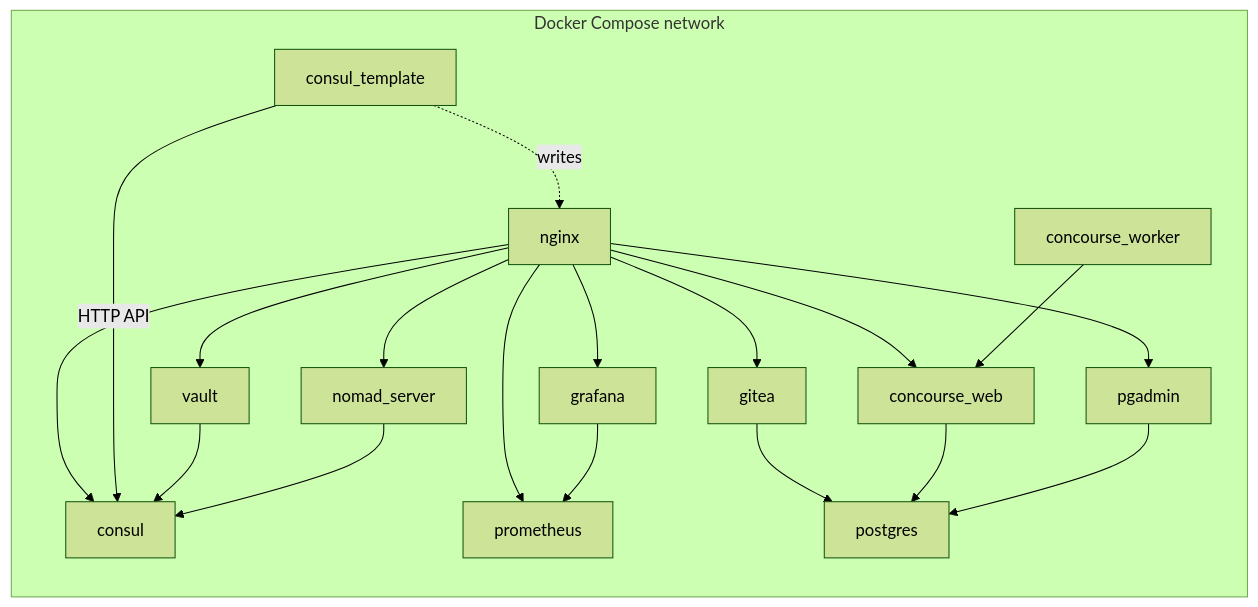
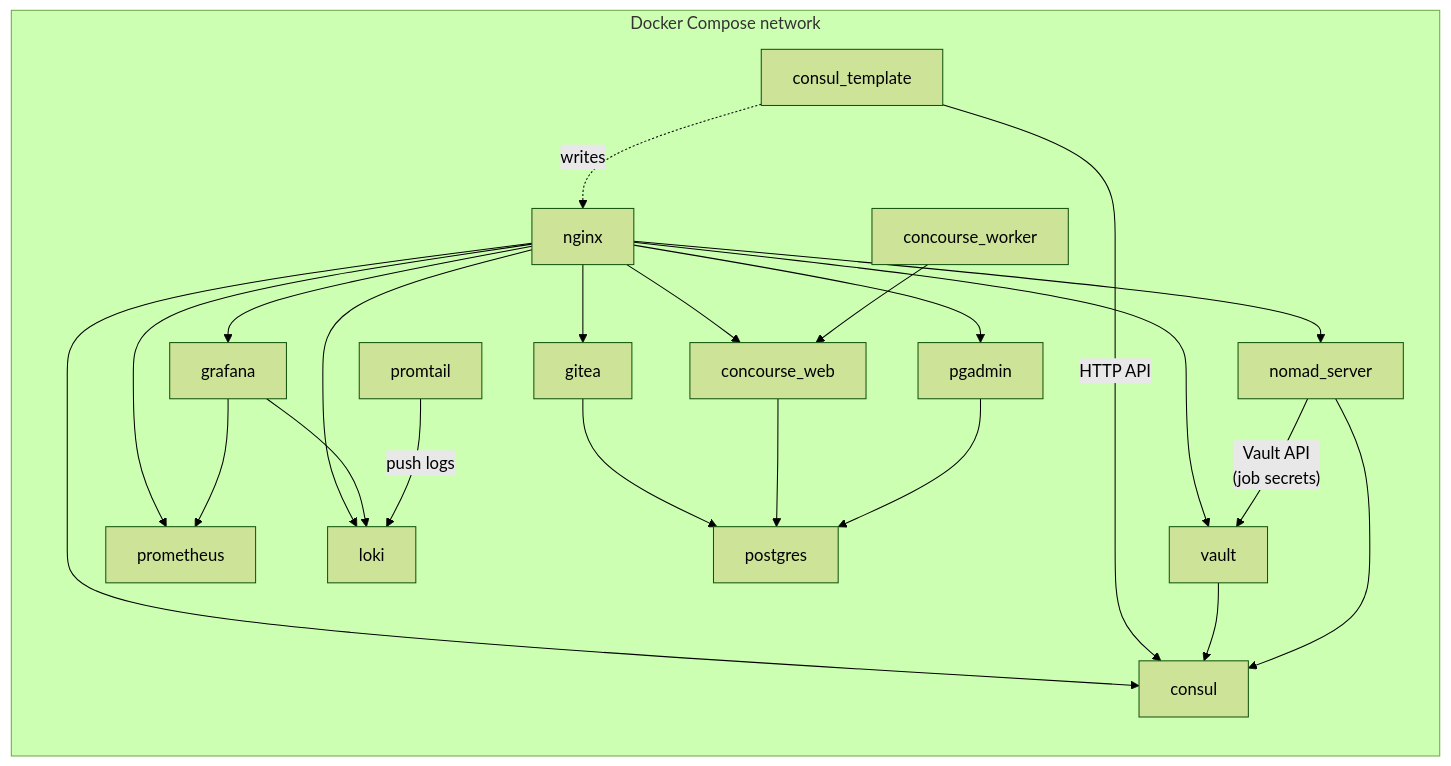
Before and after one commit to bryan-abrams/mini-cloud: the second of 8 diagrams in docs/architecture.md, drawn with Mermaid (forest theme). The commit also changed other lines of this file and 1 other file, not shown here.

````diff
--- a/docs/architecture.md
+++ b/docs/architecture.md
@@ -92,38 +104,44 @@
 ```mermaid
 flowchart LR
     subgraph compose["Docker Compose network"]
         nginx
         consul_template
         consul
         vault
         nomad_server
         postgres
         gitea
         concourse_web
         concourse_worker
         pgadmin
         prometheus
         grafana
+        loki
+        promtail
     end
 
     nginx --> gitea
     nginx --> vault
     nginx --> pgadmin
     nginx --> consul
     nginx --> nomad_server
     nginx --> concourse_web
     nginx --> prometheus
     nginx --> grafana
+    nginx --> loki
 
     consul_template -->|"HTTP API"| consul
     consul_template -.->|"writes"| nginx
 
     vault --> consul
     nomad_server --> consul
+    nomad_server -->|"Vault API<br>(job secrets)"| vault
     grafana --> prometheus
+    grafana --> loki
+    promtail -->|"push logs"| loki
 
     gitea --> postgres
     concourse_web --> postgres
     pgadmin --> postgres
     concourse_worker --> concourse_web
 ```
````
